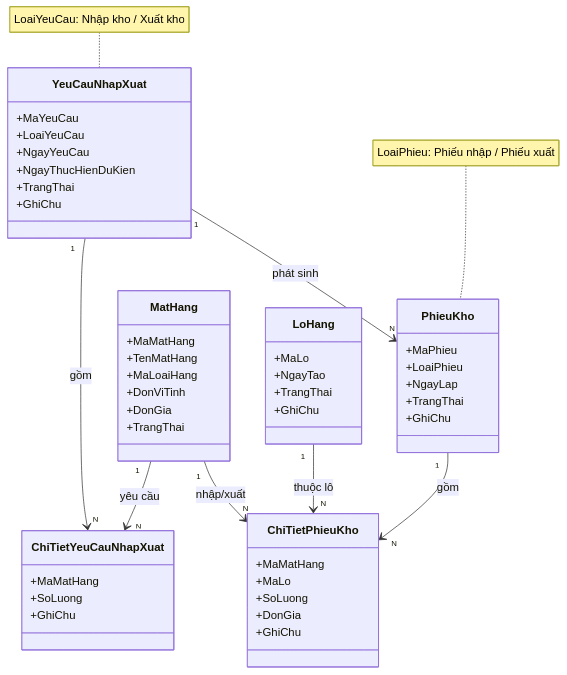
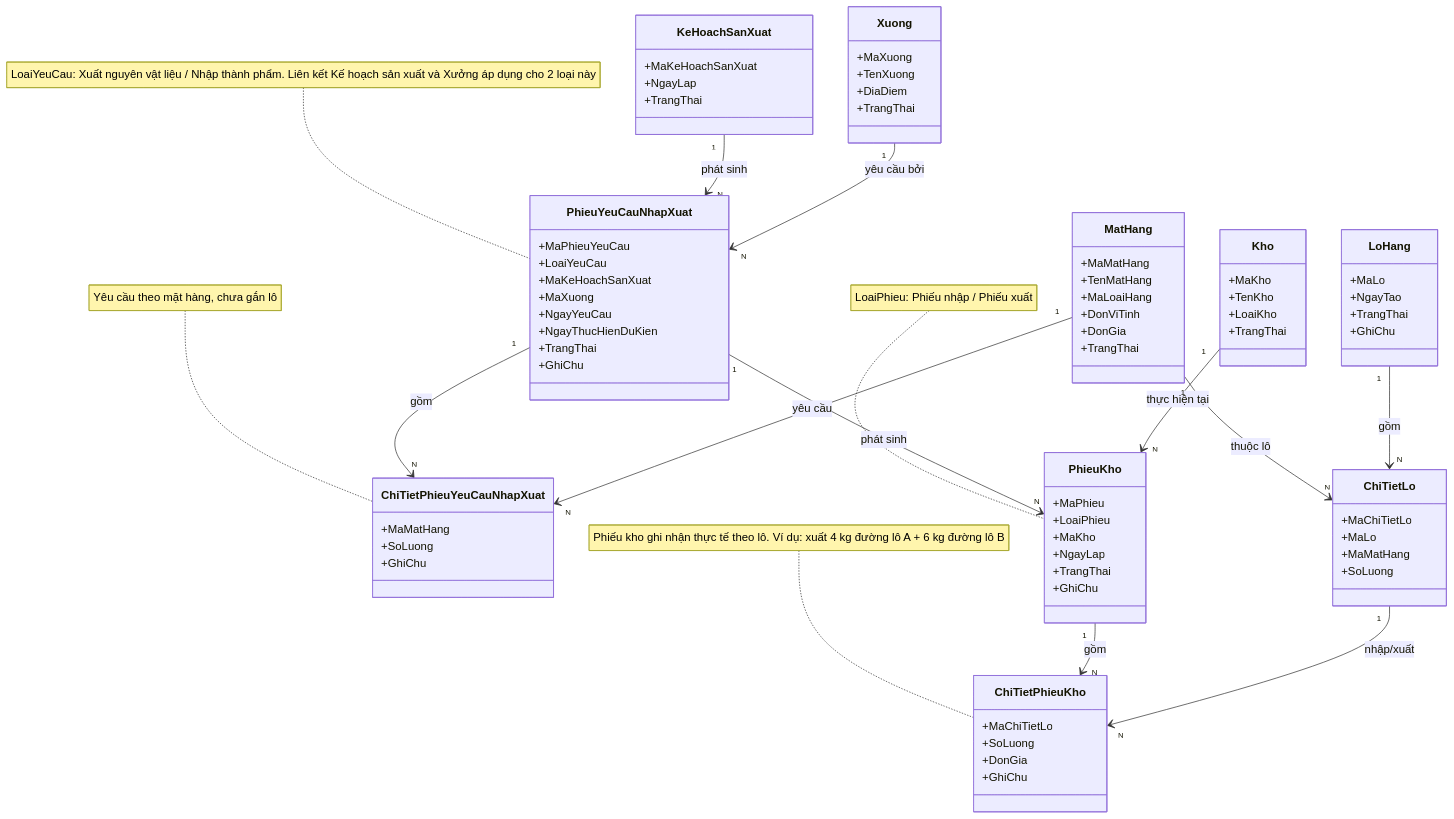
The seventh of 14 diagrams in domain_model.md (vthaix/WarehouseSystem), drawn with Mermaid before and after one commit. The commit also changed other lines of this file, not shown here.

````diff
--- a/domain_model.md
+++ b/domain_model.md
@@ -259,16 +288,38 @@
 ```mermaid
 classDiagram
 
-    class YeuCauNhapXuat {
-        +MaYeuCau
+    class KeHoachSanXuat {
+        +MaKeHoachSanXuat
+        +NgayLap
+        +TrangThai
+    }
+
+    class Xuong {
+        +MaXuong
+        +TenXuong
+        +DiaDiem
+        +TrangThai
+    }
+
+    class Kho {
+        +MaKho
+        +TenKho
+        +LoaiKho
+        +TrangThai
+    }
+
+    class PhieuYeuCauNhapXuat {
+        +MaPhieuYeuCau
         +LoaiYeuCau
+        +MaKeHoachSanXuat
+        +MaXuong
         +NgayYeuCau
         +NgayThucHienDuKien
         +TrangThai
         +GhiChu
     }
 
-    class ChiTietYeuCauNhapXuat {
+    class ChiTietPhieuYeuCauNhapXuat {
         +MaMatHang
         +SoLuong
         +GhiChu
@@ -277,14 +328,14 @@
     class PhieuKho {
         +MaPhieu
         +LoaiPhieu
+        +MaKho
         +NgayLap
         +TrangThai
         +GhiChu
     }
 
     class ChiTietPhieuKho {
-        +MaMatHang
-        +MaLo
+        +MaChiTietLo
         +SoLuong
         +DonGia
         +GhiChu
@@ -306,15 +357,29 @@
         +GhiChu
     }
 
-    YeuCauNhapXuat "1" --> "N" ChiTietYeuCauNhapXuat : gồm
-    MatHang "1" --> "N" ChiTietYeuCauNhapXuat : yêu cầu
+    class ChiTietLo {
+        +MaChiTietLo
+        +MaLo
+        +MaMatHang
+        +SoLuong
+    }
 
-    YeuCauNhapXuat "1" --> "N" PhieuKho : phát sinh
+    KeHoachSanXuat "1" --> "N" PhieuYeuCauNhapXuat : phát sinh
+    Xuong "1" --> "N" PhieuYeuCauNhapXuat : yêu cầu bởi
+    PhieuYeuCauNhapXuat "1" --> "N" ChiTietPhieuYeuCauNhapXuat : gồm
+    MatHang "1" --> "N" ChiTietPhieuYeuCauNhapXuat : yêu cầu
+
+    PhieuYeuCauNhapXuat "1" --> "N" PhieuKho : phát sinh
+    Kho "1" --> "N" PhieuKho : thực hiện tại
     PhieuKho "1" --> "N" ChiTietPhieuKho : gồm
-    MatHang "1" --> "N" ChiTietPhieuKho : nhập/xuất
-    LoHang "1" --> "N" ChiTietPhieuKho : thuộc lô
 
-    note for YeuCauNhapXuat "LoaiYeuCau: Nhập kho / Xuất kho"
+    MatHang "1" --> "N" ChiTietLo : thuộc lô
+    LoHang "1" --> "N" ChiTietLo : gồm
+    ChiTietLo "1" --> "N" ChiTietPhieuKho : nhập/xuất
+
+    note for PhieuYeuCauNhapXuat "LoaiYeuCau: Xuất nguyên vật liệu / Nhập thành phẩm. Liên kết Kế hoạch sản xuất và Xưởng áp dụng cho 2 loại này"
+    note for ChiTietPhieuYeuCauNhapXuat "Yêu cầu theo mặt hàng, chưa gắn lô"
     note for PhieuKho "LoaiPhieu: Phiếu nhập / Phiếu xuất"
+    note for ChiTietPhieuKho "Phiếu kho ghi nhận thực tế theo lô. Ví dụ: xuất 4 kg đường lô A + 6 kg đường lô B"
 
 ```
````
